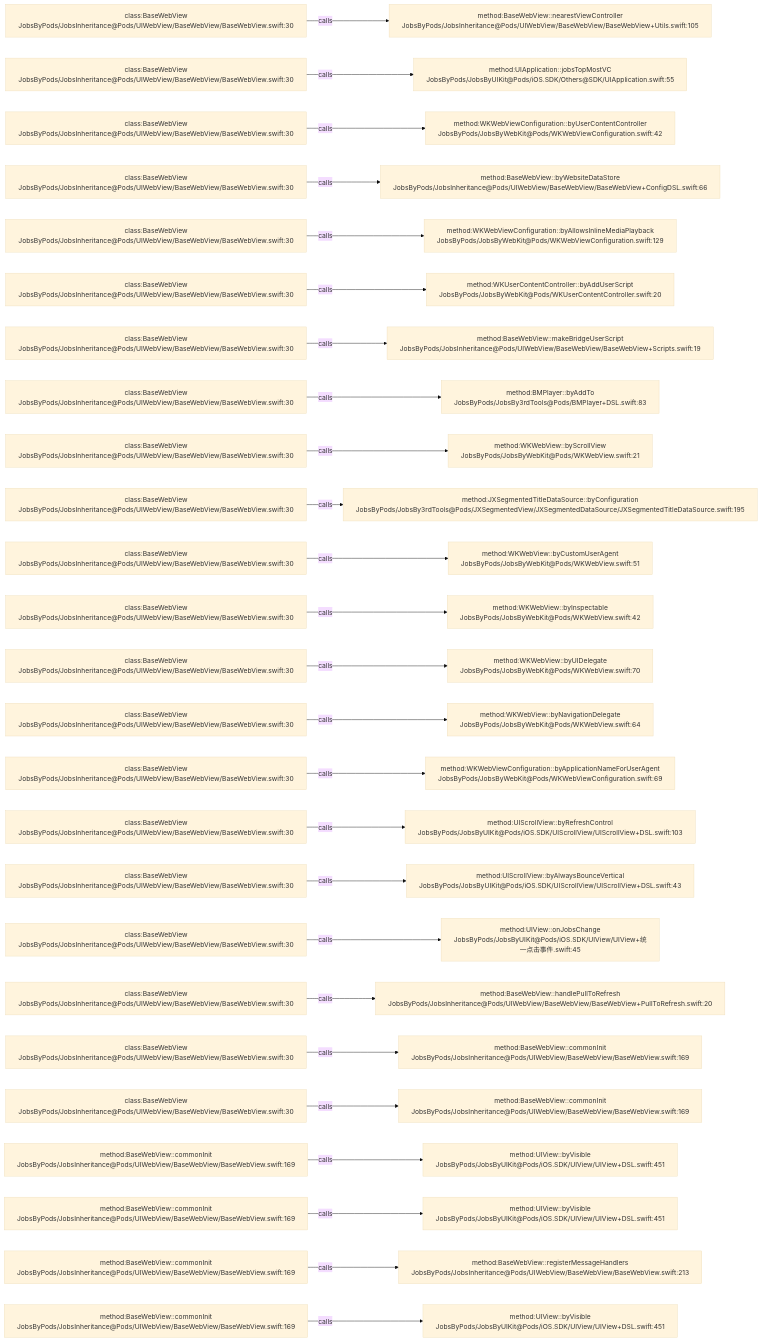
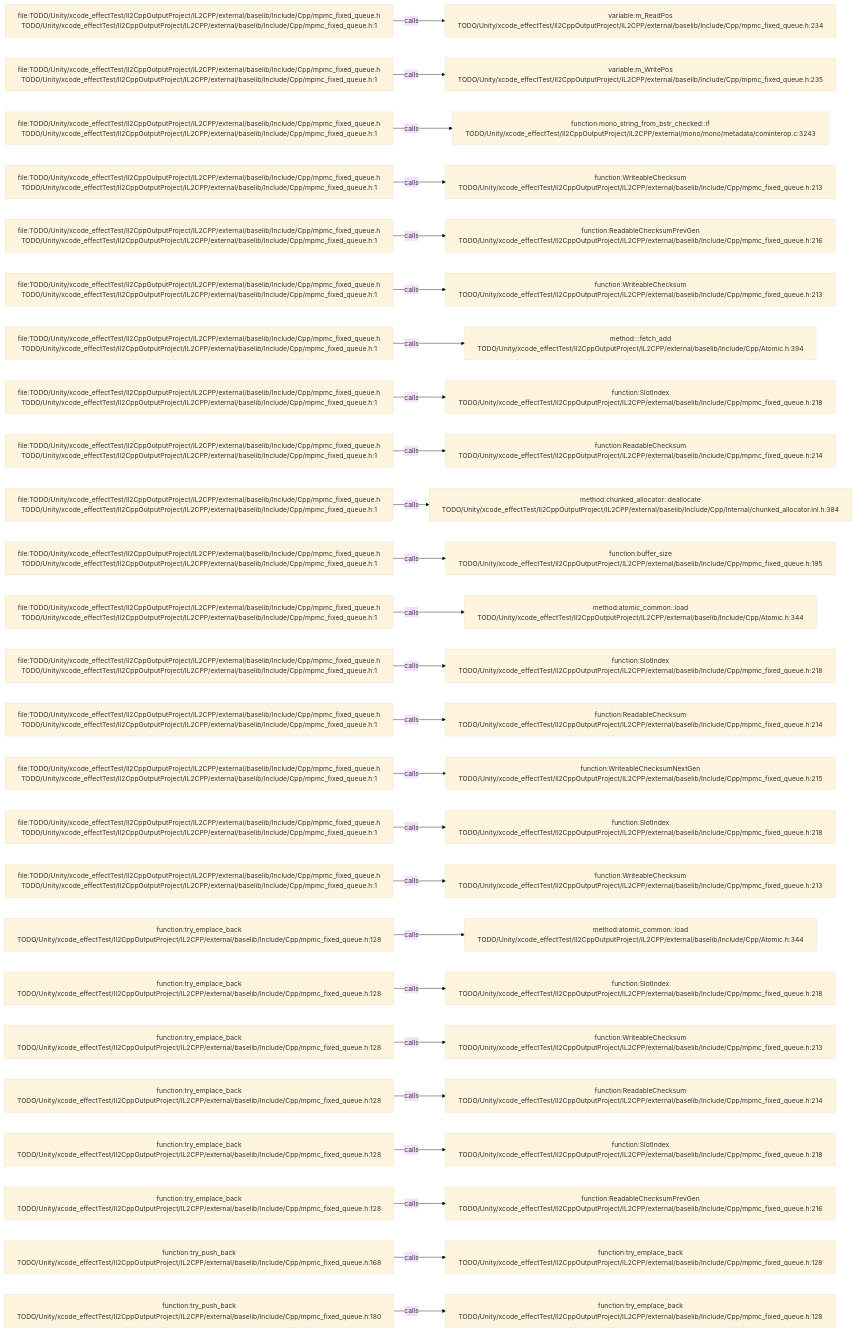
The diagram in .codegraph/codegraph.md/graphs/calls-137.md (JobsKits/JobsSwiftBaseConfigDemo), drawn with Mermaid (base theme) before and after one commit. The commit also changed 569 other files, not shown here.

````diff
--- a/.codegraph/codegraph.md/graphs/calls-137.md
+++ b/.codegraph/codegraph.md/graphs/calls-137.md
@@ -13,78 +13,78 @@
 ```mermaid
 flowchart LR
-  S1["class:BaseWebView<br/>JobsByPods/JobsInheritance@Pods/UIWebView/BaseWebView/BaseWebView.swift:30"]
-  T1["method:BaseWebView::nearestViewController<br/>JobsByPods/JobsInheritance@Pods/UIWebView/BaseWebView/BaseWebView+Utils.swift:105"]
+  S1["file:TODO/Unity/xcode_effectTest/Il2CppOutputProject/IL2CPP/external/baselib/Include/Cpp/mpmc_fixed_queue.h<br/>TODO/Unity/xcode_effectTest/Il2CppOutputProject/IL2CPP/external/baselib/Include/Cpp/mpmc_fixed_queue.h:1"]
+  T1["variable:m_ReadPos<br/>TODO/Unity/xcode_effectTest/Il2CppOutputProject/IL2CPP/external/baselib/Include/Cpp/mpmc_fixed_queue.h:234"]
   S1 -->|calls| T1
-  S2["class:BaseWebView<br/>JobsByPods/JobsInheritance@Pods/UIWebView/BaseWebView/BaseWebView.swift:30"]
-  T2["method:UIApplication::jobsTopMostVC<br/>JobsByPods/JobsByUIKit@Pods/iOS.SDK/Others@SDK/UIApplication.swift:55"]
+  S2["file:TODO/Unity/xcode_effectTest/Il2CppOutputProject/IL2CPP/external/baselib/Include/Cpp/mpmc_fixed_queue.h<br/>TODO/Unity/xcode_effectTest/Il2CppOutputProject/IL2CPP/external/baselib/Include/Cpp/mpmc_fixed_queue.h:1"]
+  T2["variable:m_WritePos<br/>TODO/Unity/xcode_effectTest/Il2CppOutputProject/IL2CPP/external/baselib/Include/Cpp/mpmc_fixed_queue.h:235"]
   S2 -->|calls| T2
-  S3["class:BaseWebView<br/>JobsByPods/JobsInheritance@Pods/UIWebView/BaseWebView/BaseWebView.swift:30"]
-  T3["method:WKWebViewConfiguration::byUserContentController<br/>JobsByPods/JobsByWebKit@Pods/WKWebViewConfiguration.swift:42"]
+  S3["file:TODO/Unity/xcode_effectTest/Il2CppOutputProject/IL2CPP/external/baselib/Include/Cpp/mpmc_fixed_queue.h<br/>TODO/Unity/xcode_effectTest/Il2CppOutputProject/IL2CPP/external/baselib/Include/Cpp/mpmc_fixed_queue.h:1"]
+  T3["function:mono_string_from_bstr_checked::if<br/>TODO/Unity/xcode_effectTest/Il2CppOutputProject/IL2CPP/external/mono/mono/metadata/cominterop.c:3243"]
   S3 -->|calls| T3
-  S4["class:BaseWebView<br/>JobsByPods/JobsInheritance@Pods/UIWebView/BaseWebView/BaseWebView.swift:30"]
-  T4["method:BaseWebView::byWebsiteDataStore<br/>JobsByPods/JobsInheritance@Pods/UIWebView/BaseWebView/BaseWebView+ConfigDSL.swift:66"]
+  S4["file:TODO/Unity/xcode_effectTest/Il2CppOutputProject/IL2CPP/external/baselib/Include/Cpp/mpmc_fixed_queue.h<br/>TODO/Unity/xcode_effectTest/Il2CppOutputProject/IL2CPP/external/baselib/Include/Cpp/mpmc_fixed_queue.h:1"]
+  T4["function:WriteableChecksum<br/>TODO/Unity/xcode_effectTest/Il2CppOutputProject/IL2CPP/external/baselib/Include/Cpp/mpmc_fixed_queue.h:213"]
   S4 -->|calls| T4
-  S5["class:BaseWebView<br/>JobsByPods/JobsInheritance@Pods/UIWebView/BaseWebView/BaseWebView.swift:30"]
-  T5["method:WKWebViewConfiguration::byAllowsInlineMediaPlayback<br/>JobsByPods/JobsByWebKit@Pods/WKWebViewConfiguration.swift:129"]
+  S5["file:TODO/Unity/xcode_effectTest/Il2CppOutputProject/IL2CPP/external/baselib/Include/Cpp/mpmc_fixed_queue.h<br/>TODO/Unity/xcode_effectTest/Il2CppOutputProject/IL2CPP/external/baselib/Include/Cpp/mpmc_fixed_queue.h:1"]
+  T5["function:ReadableChecksumPrevGen<br/>TODO/Unity/xcode_effectTest/Il2CppOutputProject/IL2CPP/external/baselib/Include/Cpp/mpmc_fixed_queue.h:216"]
   S5 -->|calls| T5
-  S6["class:BaseWebView<br/>JobsByPods/JobsInheritance@Pods/UIWebView/BaseWebView/BaseWebView.swift:30"]
-  T6["method:WKUserContentController::byAddUserScript<br/>JobsByPods/JobsByWebKit@Pods/WKUserContentController.swift:20"]
+  S6["file:TODO/Unity/xcode_effectTest/Il2CppOutputProject/IL2CPP/external/baselib/Include/Cpp/mpmc_fixed_queue.h<br/>TODO/Unity/xcode_effectTest/Il2CppOutputProject/IL2CPP/external/baselib/Include/Cpp/mpmc_fixed_queue.h:1"]
+  T6["function:WriteableChecksum<br/>TODO/Unity/xcode_effectTest/Il2CppOutputProject/IL2CPP/external/baselib/Include/Cpp/mpmc_fixed_queue.h:213"]
   S6 -->|calls| T6
-  S7["class:BaseWebView<br/>JobsByPods/JobsInheritance@Pods/UIWebView/BaseWebView/BaseWebView.swift:30"]
-  T7["method:BaseWebView::makeBridgeUserScript<br/>JobsByPods/JobsInheritance@Pods/UIWebView/BaseWebView/BaseWebView+Scripts.swift:19"]
+  S7["file:TODO/Unity/xcode_effectTest/Il2CppOutputProject/IL2CPP/external/baselib/Include/Cpp/mpmc_fixed_queue.h<br/>TODO/Unity/xcode_effectTest/Il2CppOutputProject/IL2CPP/external/baselib/Include/Cpp/mpmc_fixed_queue.h:1"]
+  T7["method:<anonymous>::fetch_add<br/>TODO/Unity/xcode_effectTest/Il2CppOutputProject/IL2CPP/external/baselib/Include/Cpp/Atomic.h:394"]
   S7 -->|calls| T7
-  S8["class:BaseWebView<br/>JobsByPods/JobsInheritance@Pods/UIWebView/BaseWebView/BaseWebView.swift:30"]
-  T8["method:BMPlayer::byAddTo<br/>JobsByPods/JobsBy3rdTools@Pods/BMPlayer+DSL.swift:83"]
+  S8["file:TODO/Unity/xcode_effectTest/Il2CppOutputProject/IL2CPP/external/baselib/Include/Cpp/mpmc_fixed_queue.h<br/>TODO/Unity/xcode_effectTest/Il2CppOutputProject/IL2CPP/external/baselib/Include/Cpp/mpmc_fixed_queue.h:1"]
+  T8["function:SlotIndex<br/>TODO/Unity/xcode_effectTest/Il2CppOutputProject/IL2CPP/external/baselib/Include/Cpp/mpmc_fixed_queue.h:218"]
   S8 -->|calls| T8
-  S9["class:BaseWebView<br/>JobsByPods/JobsInheritance@Pods/UIWebView/BaseWebView/BaseWebView.swift:30"]
-  T9["method:WKWebView::byScrollView<br/>JobsByPods/JobsByWebKit@Pods/WKWebView.swift:21"]
+  S9["file:TODO/Unity/xcode_effectTest/Il2CppOutputProject/IL2CPP/external/baselib/Include/Cpp/mpmc_fixed_queue.h<br/>TODO/Unity/xcode_effectTest/Il2CppOutputProject/IL2CPP/external/baselib/Include/Cpp/mpmc_fixed_queue.h:1"]
+  T9["function:ReadableChecksum<br/>TODO/Unity/xcode_effectTest/Il2CppOutputProject/IL2CPP/external/baselib/Include/Cpp/mpmc_fixed_queue.h:214"]
   S9 -->|calls| T9
-  S10["class:BaseWebView<br/>JobsByPods/JobsInheritance@Pods/UIWebView/BaseWebView/BaseWebView.swift:30"]
-  T10["method:JXSegmentedTitleDataSource::byConfiguration<br/>JobsByPods/JobsBy3rdTools@Pods/JXSegmentedView/JXSegmentedDataSource/JXSegmentedTitleDataSource.swift:195"]
+  S10["file:TODO/Unity/xcode_effectTest/Il2CppOutputProject/IL2CPP/external/baselib/Include/Cpp/mpmc_fixed_queue.h<br/>TODO/Unity/xcode_effectTest/Il2CppOutputProject/IL2CPP/external/baselib/Include/Cpp/mpmc_fixed_queue.h:1"]
+  T10["method:chunked_allocator::deallocate<br/>TODO/Unity/xcode_effectTest/Il2CppOutputProject/IL2CPP/external/baselib/Include/Cpp/Internal/chunked_allocator.inl.h:384"]
   S10 -->|calls| T10
-  S11["class:BaseWebView<br/>JobsByPods/JobsInheritance@Pods/UIWebView/BaseWebView/BaseWebView.swift:30"]
-  T11["method:WKWebView::byCustomUserAgent<br/>JobsByPods/JobsByWebKit@Pods/WKWebView.swift:51"]
+  S11["file:TODO/Unity/xcode_effectTest/Il2CppOutputProject/IL2CPP/external/baselib/Include/Cpp/mpmc_fixed_queue.h<br/>TODO/Unity/xcode_effectTest/Il2CppOutputProject/IL2CPP/external/baselib/Include/Cpp/mpmc_fixed_queue.h:1"]
+  T11["function:buffer_size<br/>TODO/Unity/xcode_effectTest/Il2CppOutputProject/IL2CPP/external/baselib/Include/Cpp/mpmc_fixed_queue.h:195"]
   S11 -->|calls| T11
-  S12["class:BaseWebView<br/>JobsByPods/JobsInheritance@Pods/UIWebView/BaseWebView/BaseWebView.swift:30"]
-  T12["method:WKWebView::byInspectable<br/>JobsByPods/JobsByWebKit@Pods/WKWebView.swift:42"]
+  S12["file:TODO/Unity/xcode_effectTest/Il2CppOutputProject/IL2CPP/external/baselib/Include/Cpp/mpmc_fixed_queue.h<br/>TODO/Unity/xcode_effectTest/Il2CppOutputProject/IL2CPP/external/baselib/Include/Cpp/mpmc_fixed_queue.h:1"]
+  T12["method:atomic_common::load<br/>TODO/Unity/xcode_effectTest/Il2CppOutputProject/IL2CPP/external/baselib/Include/Cpp/Atomic.h:344"]
   S12 -->|calls| T12
-  S13["class:BaseWebView<br/>JobsByPods/JobsInheritance@Pods/UIWebView/BaseWebView/BaseWebView.swift:30"]
-  T13["method:WKWebView::byUIDelegate<br/>JobsByPods/JobsByWebKit@Pods/WKWebView.swift:70"]
+  S13["file:TODO/Unity/xcode_effectTest/Il2CppOutputProject/IL2CPP/external/baselib/Include/Cpp/mpmc_fixed_queue.h<br/>TODO/Unity/xcode_effectTest/Il2CppOutputProject/IL2CPP/external/baselib/Include/Cpp/mpmc_fixed_queue.h:1"]
+  T13["function:SlotIndex<br/>TODO/Unity/xcode_effectTest/Il2CppOutputProject/IL2CPP/external/baselib/Include/Cpp/mpmc_fixed_queue.h:218"]
   S13 -->|calls| T13
-  S14["class:BaseWebView<br/>JobsByPods/JobsInheritance@Pods/UIWebView/BaseWebView/BaseWebView.swift:30"]
-  T14["method:WKWebView::byNavigationDelegate<br/>JobsByPods/JobsByWebKit@Pods/WKWebView.swift:64"]
+  S14["file:TODO/Unity/xcode_effectTest/Il2CppOutputProject/IL2CPP/external/baselib/Include/Cpp/mpmc_fixed_queue.h<br/>TODO/Unity/xcode_effectTest/Il2CppOutputProject/IL2CPP/external/baselib/Include/Cpp/mpmc_fixed_queue.h:1"]
+  T14["function:ReadableChecksum<br/>TODO/Unity/xcode_effectTest/Il2CppOutputProject/IL2CPP/external/baselib/Include/Cpp/mpmc_fixed_queue.h:214"]
   S14 -->|calls| T14
-  S15["class:BaseWebView<br/>JobsByPods/JobsInheritance@Pods/UIWebView/BaseWebView/BaseWebView.swift:30"]
-  T15["method:WKWebViewConfiguration::byApplicationNameForUserAgent<br/>JobsByPods/JobsByWebKit@Pods/WKWebViewConfiguration.swift:69"]
+  S15["file:TODO/Unity/xcode_effectTest/Il2CppOutputProject/IL2CPP/external/baselib/Include/Cpp/mpmc_fixed_queue.h<br/>TODO/Unity/xcode_effectTest/Il2CppOutputProject/IL2CPP/external/baselib/Include/Cpp/mpmc_fixed_queue.h:1"]
+  T15["function:WriteableChecksumNextGen<br/>TODO/Unity/xcode_effectTest/Il2CppOutputProject/IL2CPP/external/baselib/Include/Cpp/mpmc_fixed_queue.h:215"]
   S15 -->|calls| T15
-  S16["class:BaseWebView<br/>JobsByPods/JobsInheritance@Pods/UIWebView/BaseWebView/BaseWebView.swift:30"]
-  T16["method:UIScrollView::byRefreshControl<br/>JobsByPods/JobsByUIKit@Pods/iOS.SDK/UIScrollView/UIScrollView+DSL.swift:103"]
+  S16["file:TODO/Unity/xcode_effectTest/Il2CppOutputProject/IL2CPP/external/baselib/Include/Cpp/mpmc_fixed_queue.h<br/>TODO/Unity/xcode_effectTest/Il2CppOutputProject/IL2CPP/external/baselib/Include/Cpp/mpmc_fixed_queue.h:1"]
+  T16["function:SlotIndex<br/>TODO/Unity/xcode_effectTest/Il2CppOutputProject/IL2CPP/external/baselib/Include/Cpp/mpmc_fixed_queue.h:218"]
   S16 -->|calls| T16
-  S17["class:BaseWebView<br/>JobsByPods/JobsInheritance@Pods/UIWebView/BaseWebView/BaseWebView.swift:30"]
-  T17["method:UIScrollView::byAlwaysBounceVertical<br/>JobsByPods/JobsByUIKit@Pods/iOS.SDK/UIScrollView/UIScrollView+DSL.swift:43"]
+  S17["file:TODO/Unity/xcode_effectTest/Il2CppOutputProject/IL2CPP/external/baselib/Include/Cpp/mpmc_fixed_queue.h<br/>TODO/Unity/xcode_effectTest/Il2CppOutputProject/IL2CPP/external/baselib/Include/Cpp/mpmc_fixed_queue.h:1"]
+  T17["function:WriteableChecksum<br/>TODO/Unity/xcode_effectTest/Il2CppOutputProject/IL2CPP/external/baselib/Include/Cpp/mpmc_fixed_queue.h:213"]
   S17 -->|calls| T17
-  S18["class:BaseWebView<br/>JobsByPods/JobsInheritance@Pods/UIWebView/BaseWebView/BaseWebView.swift:30"]
-  T18["method:UIView::onJobsChange<br/>JobsByPods/JobsByUIKit@Pods/iOS.SDK/UIView/UIView+统一点击事件.swift:45"]
+  S18["function:try_emplace_back<br/>TODO/Unity/xcode_effectTest/Il2CppOutputProject/IL2CPP/external/baselib/Include/Cpp/mpmc_fixed_queue.h:128"]
+  T18["method:atomic_common::load<br/>TODO/Unity/xcode_effectTest/Il2CppOutputProject/IL2CPP/external/baselib/Include/Cpp/Atomic.h:344"]
   S18 -->|calls| T18
-  S19["class:BaseWebView<br/>JobsByPods/JobsInheritance@Pods/UIWebView/BaseWebView/BaseWebView.swift:30"]
-  T19["method:BaseWebView::handlePullToRefresh<br/>JobsByPods/JobsInheritance@Pods/UIWebView/BaseWebView/BaseWebView+PullToRefresh.swift:20"]
+  S19["function:try_emplace_back<br/>TODO/Unity/xcode_effectTest/Il2CppOutputProject/IL2CPP/external/baselib/Include/Cpp/mpmc_fixed_queue.h:128"]
+  T19["function:SlotIndex<br/>TODO/Unity/xcode_effectTest/Il2CppOutputProject/IL2CPP/external/baselib/Include/Cpp/mpmc_fixed_queue.h:218"]
   S19 -->|calls| T19
-  S20["class:BaseWebView<br/>JobsByPods/JobsInheritance@Pods/UIWebView/BaseWebView/BaseWebView.swift:30"]
-  T20["method:BaseWebView::commonInit<br/>JobsByPods/JobsInheritance@Pods/UIWebView/BaseWebView/BaseWebView.swift:169"]
+  S20["function:try_emplace_back<br/>TODO/Unity/xcode_effectTest/Il2CppOutputProject/IL2CPP/external/baselib/Include/Cpp/mpmc_fixed_queue.h:128"]
+  T20["function:WriteableChecksum<br/>TODO/Unity/xcode_effectTest/Il2CppOutputProject/IL2CPP/external/baselib/Include/Cpp/mpmc_fixed_queue.h:213"]
   S20 -->|calls| T20
-  S21["class:BaseWebView<br/>JobsByPods/JobsInheritance@Pods/UIWebView/BaseWebView/BaseWebView.swift:30"]
-  T21["method:BaseWebView::commonInit<br/>JobsByPods/JobsInheritance@Pods/UIWebView/BaseWebView/BaseWebView.swift:169"]
+  S21["function:try_emplace_back<br/>TODO/Unity/xcode_effectTest/Il2CppOutputProject/IL2CPP/external/baselib/Include/Cpp/mpmc_fixed_queue.h:128"]
+  T21["function:ReadableChecksum<br/>TODO/Unity/xcode_effectTest/Il2CppOutputProject/IL2CPP/external/baselib/Include/Cpp/mpmc_fixed_queue.h:214"]
   S21 -->|calls| T21
-  S22["method:BaseWebView::commonInit<br/>JobsByPods/JobsInheritance@Pods/UIWebView/BaseWebView/BaseWebView.swift:169"]
-  T22["method:UIView::byVisible<br/>JobsByPods/JobsByUIKit@Pods/iOS.SDK/UIView/UIView+DSL.swift:451"]
+  S22["function:try_emplace_back<br/>TODO/Unity/xcode_effectTest/Il2CppOutputProject/IL2CPP/external/baselib/Include/Cpp/mpmc_fixed_queue.h:128"]
+  T22["function:SlotIndex<br/>TODO/Unity/xcode_effectTest/Il2CppOutputProject/IL2CPP/external/baselib/Include/Cpp/mpmc_fixed_queue.h:218"]
   S22 -->|calls| T22
-  S23["method:BaseWebView::commonInit<br/>JobsByPods/JobsInheritance@Pods/UIWebView/BaseWebView/BaseWebView.swift:169"]
-  T23["method:UIView::byVisible<br/>JobsByPods/JobsByUIKit@Pods/iOS.SDK/UIView/UIView+DSL.swift:451"]
+  S23["function:try_emplace_back<br/>TODO/Unity/xcode_effectTest/Il2CppOutputProject/IL2CPP/external/baselib/Include/Cpp/mpmc_fixed_queue.h:128"]
+  T23["function:ReadableChecksumPrevGen<br/>TODO/Unity/xcode_effectTest/Il2CppOutputProject/IL2CPP/external/baselib/Include/Cpp/mpmc_fixed_queue.h:216"]
   S23 -->|calls| T23
-  S24["method:BaseWebView::commonInit<br/>JobsByPods/JobsInheritance@Pods/UIWebView/BaseWebView/BaseWebView.swift:169"]
-  T24["method:BaseWebView::registerMessageHandlers<br/>JobsByPods/JobsInheritance@Pods/UIWebView/BaseWebView/BaseWebView.swift:213"]
+  S24["function:try_push_back<br/>TODO/Unity/xcode_effectTest/Il2CppOutputProject/IL2CPP/external/baselib/Include/Cpp/mpmc_fixed_queue.h:168"]
+  T24["function:try_emplace_back<br/>TODO/Unity/xcode_effectTest/Il2CppOutputProject/IL2CPP/external/baselib/Include/Cpp/mpmc_fixed_queue.h:128"]
   S24 -->|calls| T24
-  S25["method:BaseWebView::commonInit<br/>JobsByPods/JobsInheritance@Pods/UIWebView/BaseWebView/BaseWebView.swift:169"]
-  T25["method:UIView::byVisible<br/>JobsByPods/JobsByUIKit@Pods/iOS.SDK/UIView/UIView+DSL.swift:451"]
+  S25["function:try_push_back<br/>TODO/Unity/xcode_effectTest/Il2CppOutputProject/IL2CPP/external/baselib/Include/Cpp/mpmc_fixed_queue.h:180"]
+  T25["function:try_emplace_back<br/>TODO/Unity/xcode_effectTest/Il2CppOutputProject/IL2CPP/external/baselib/Include/Cpp/mpmc_fixed_queue.h:128"]
   S25 -->|calls| T25
 ```
````
